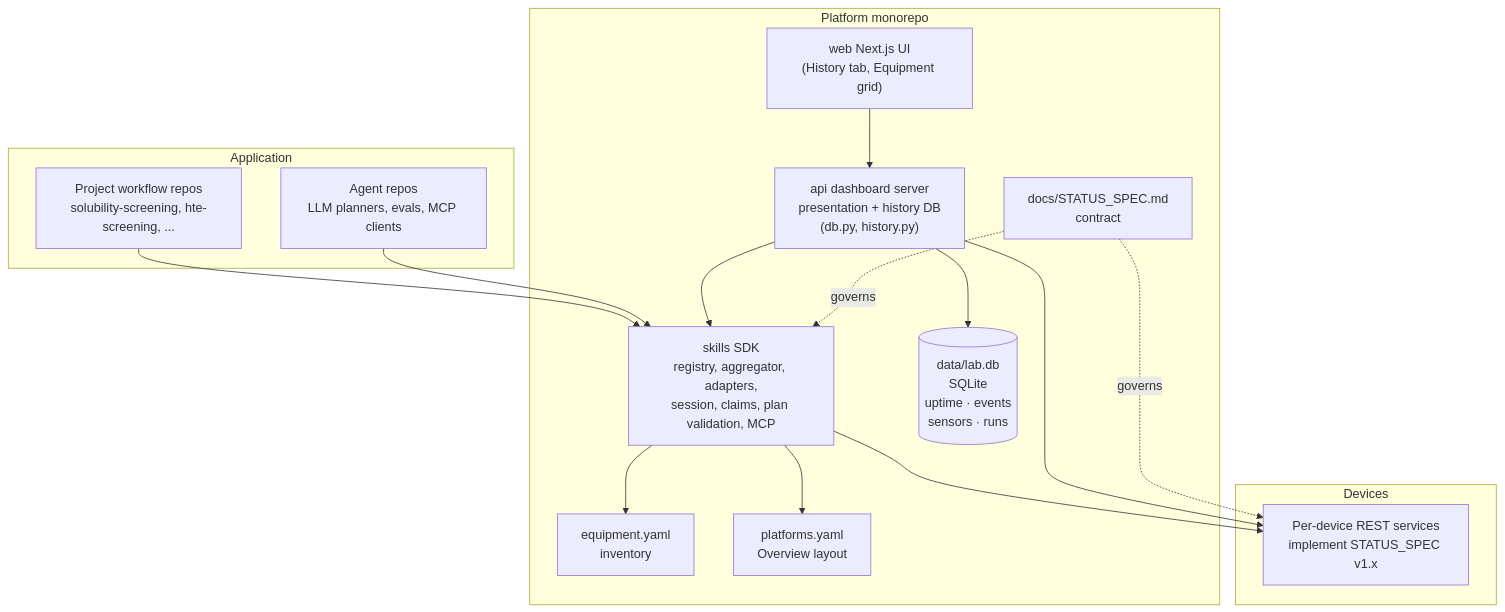
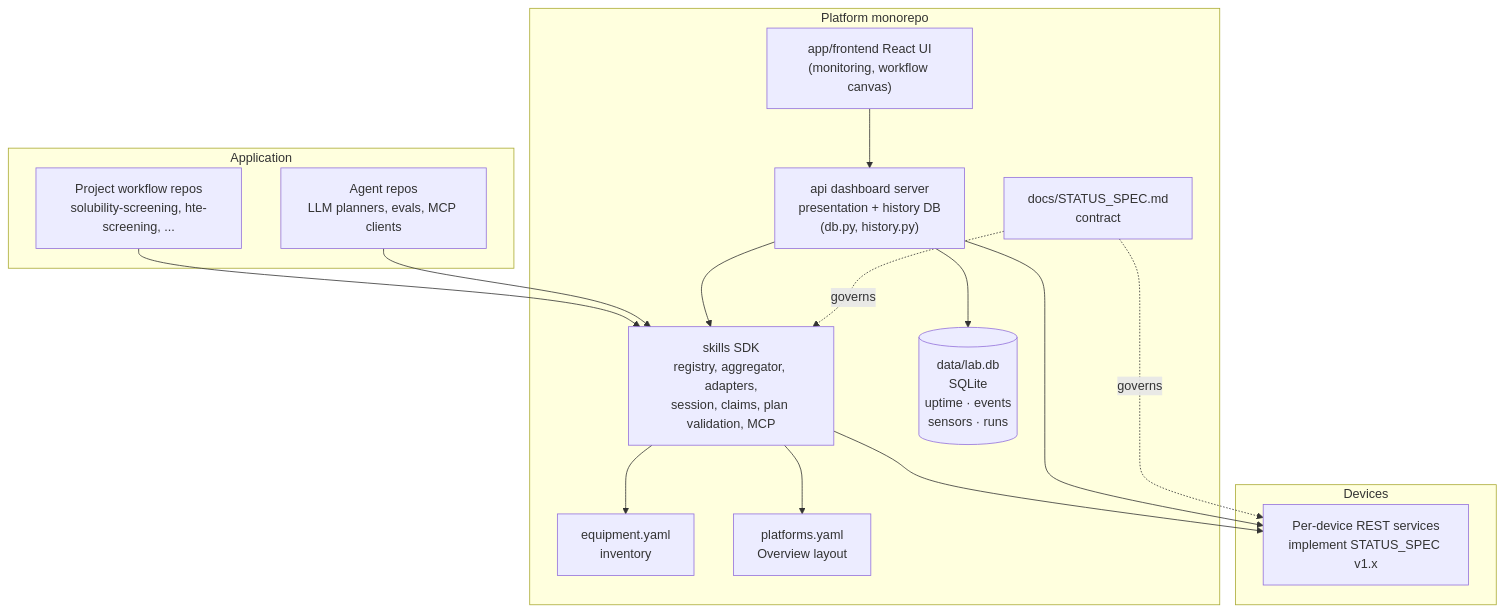
The diagram in docs/ARCHITECTURE.md (AccelerationConsortium/ac-organic-lab), drawn with Mermaid before and after one commit. The commit also changed other lines of this file and 137 other files, not shown here.

````diff
--- a/docs/ARCHITECTURE.md
+++ b/docs/ARCHITECTURE.md
@@ -26,33 +27,33 @@
 ```mermaid
 graph TB
     subgraph applayer [Application]
       proj["Project workflow repos<br/>solubility-screening, hte-screening, ..."]
       agents["Agent repos<br/>LLM planners, evals, MCP clients"]
     end
 
     subgraph platform [Platform monorepo]
       skills["skills SDK<br/>registry, aggregator, adapters,<br/>session, claims, plan validation, MCP"]
       api["api dashboard server<br/>presentation + history DB<br/>(db.py, history.py)"]
       db[("data/lab.db<br/>SQLite<br/>uptime · events<br/>sensors · runs")]
-      web["web Next.js UI<br/>(History tab, Equipment grid)"]
+      web["app/frontend React UI<br/>(monitoring, workflow canvas)"]
       yaml["equipment.yaml<br/>inventory"]
       platforms["platforms.yaml<br/>Overview layout"]
       spec["docs/STATUS_SPEC.md<br/>contract"]
     end
 
     subgraph devicelayer [Devices]
       dev["Per-device REST services<br/>implement STATUS_SPEC v1.x"]
     end
 
     proj --> skills
     agents --> skills
     api --> skills
     web --> api
     skills --> yaml
     skills --> platforms
     skills --> dev
     api --> dev
     api --> db
     spec -.governs.-> dev
     spec -.governs.-> skills
 ```
````
